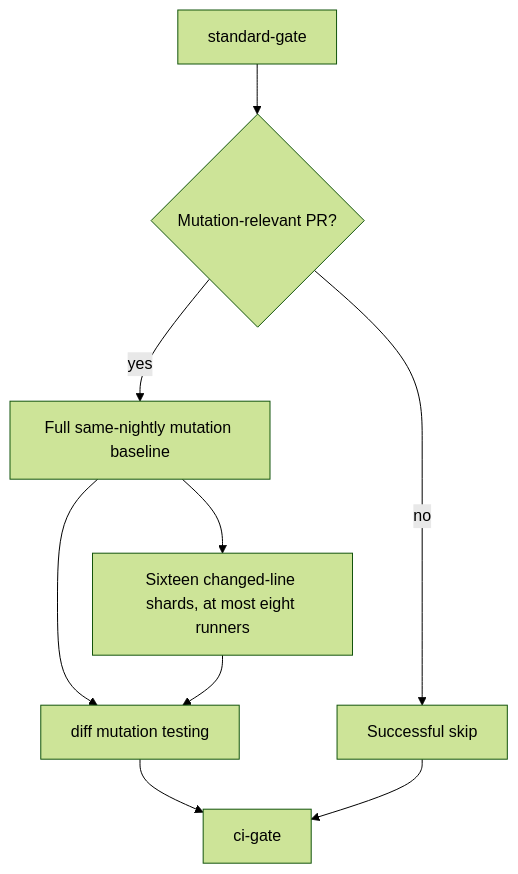
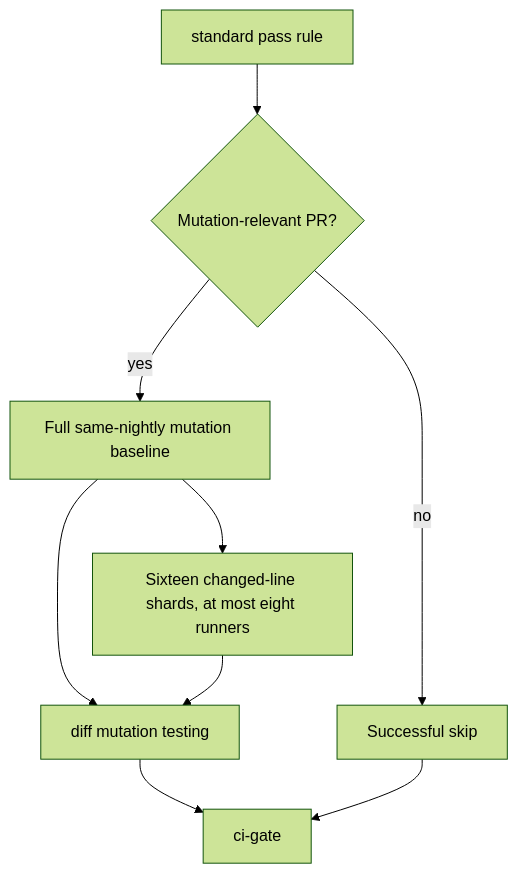
One commit to arceushui/pigloros changed the ninth of 14 diagrams in CONTRIBUTING.md. Above: the diagram before and after it, drawn with Mermaid (forest theme). The commit also changed other lines of this file and 16 other files, not shown here.

````diff
--- a/CONTRIBUTING.md
+++ b/CONTRIBUTING.md
@@ -312,11 +319,11 @@
 ```mermaid
 flowchart TD
-    G["standard-gate"] --> R{"Mutation-relevant PR?"}
+    G["standard pass rule"] --> R{"Mutation-relevant PR?"}
     R -->|"no"| S["Successful skip"]
     R -->|"yes"| B["Full same-nightly mutation baseline"]
     B --> M["Sixteen changed-line shards, at most eight runners"]
     B --> MG["diff mutation testing"]
     M --> MG["diff mutation testing"]
     MG --> CI["ci-gate"]
     S --> CI
 ```
````
